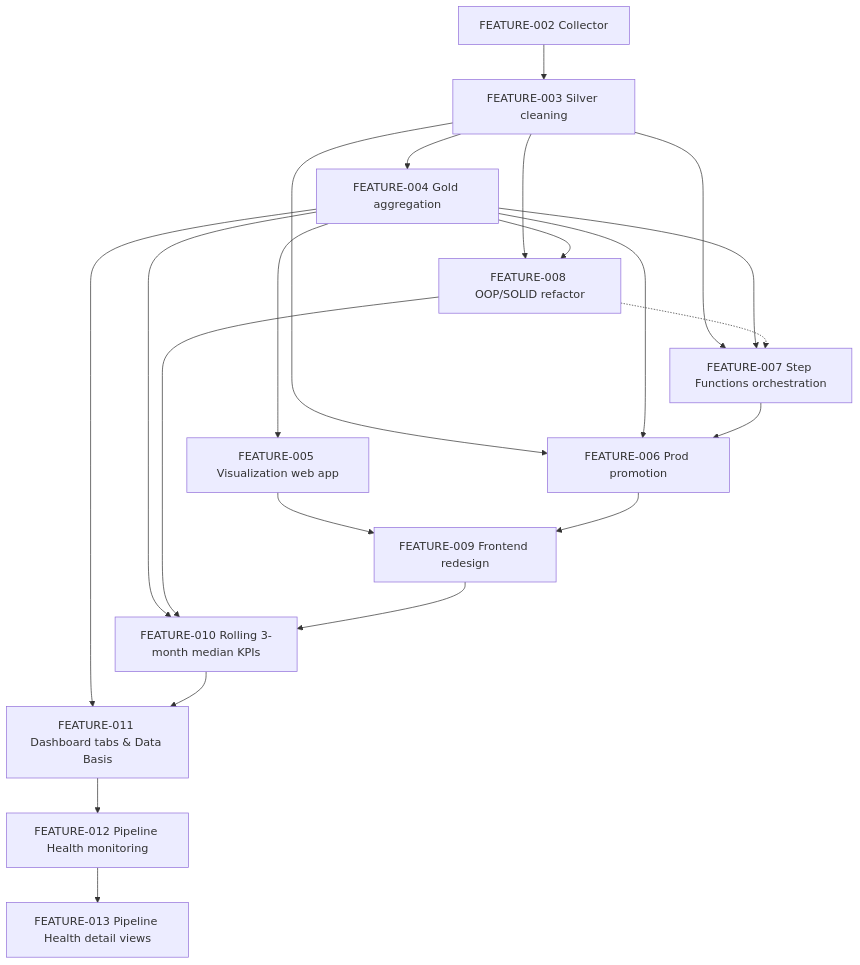
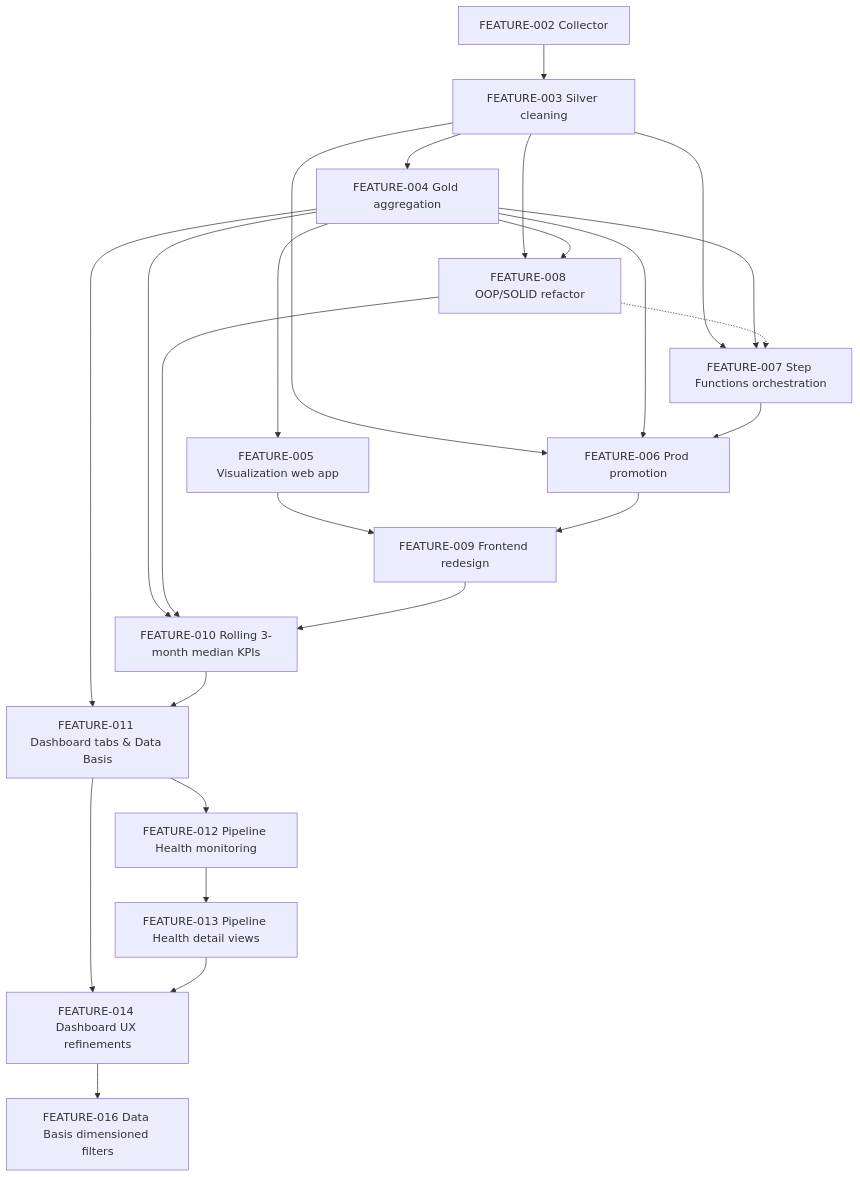
Before and after one commit to LeopoldWalther/vlc-real-estate-analytics: the diagram in dev/plans/README.md, drawn with Mermaid. The commit also changed other lines of this file and 4 other files, not shown here.

````diff
--- a/dev/plans/README.md
+++ b/dev/plans/README.md
@@ -28,23 +30,26 @@
 ```mermaid
 graph TD
     F002[FEATURE-002 Collector] --> F003[FEATURE-003 Silver cleaning]
     F003 --> F004[FEATURE-004 Gold aggregation]
     F004 --> F005[FEATURE-005 Visualization web app]
     F003 --> F006[FEATURE-006 Prod promotion]
     F004 --> F006
     F003 --> F007[FEATURE-007 Step Functions orchestration]
     F004 --> F007
     F007 --> F006
     F003 --> F008[FEATURE-008 OOP/SOLID refactor]
     F004 --> F008
     F008 -.-> F007
     F005 --> F009[FEATURE-009 Frontend redesign]
     F006 --> F009
     F004 --> F010[FEATURE-010 Rolling 3-month median KPIs]
     F008 --> F010
     F009 --> F010
     F004 --> F011[FEATURE-011 Dashboard tabs & Data Basis]
     F010 --> F011
     F011 --> F012[FEATURE-012 Pipeline Health monitoring]
     F012 --> F013[FEATURE-013 Pipeline Health detail views]
+    F011 --> F014[FEATURE-014 Dashboard UX refinements]
+    F013 --> F014
+    F014 --> F016[FEATURE-016 Data Basis dimensioned filters]
 ```
````
